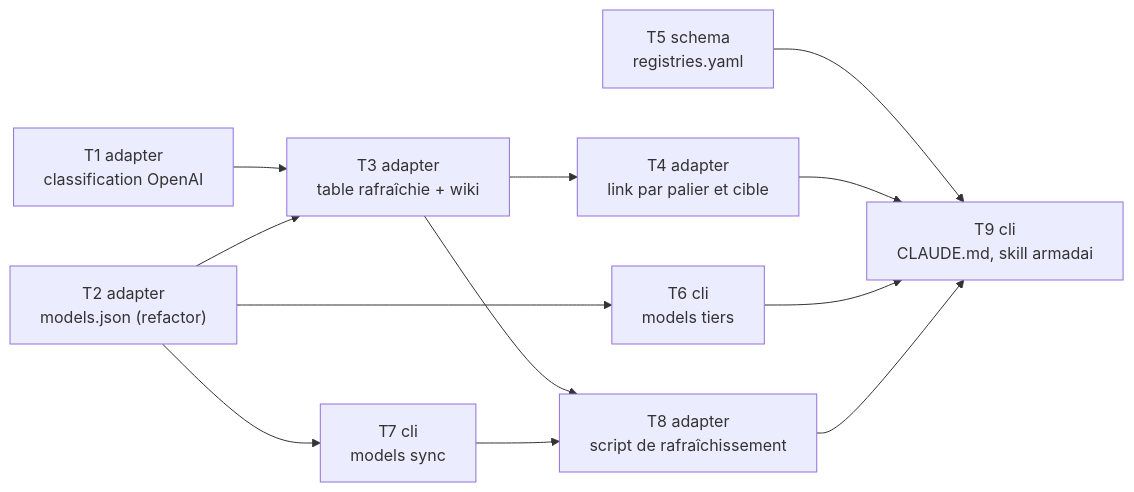
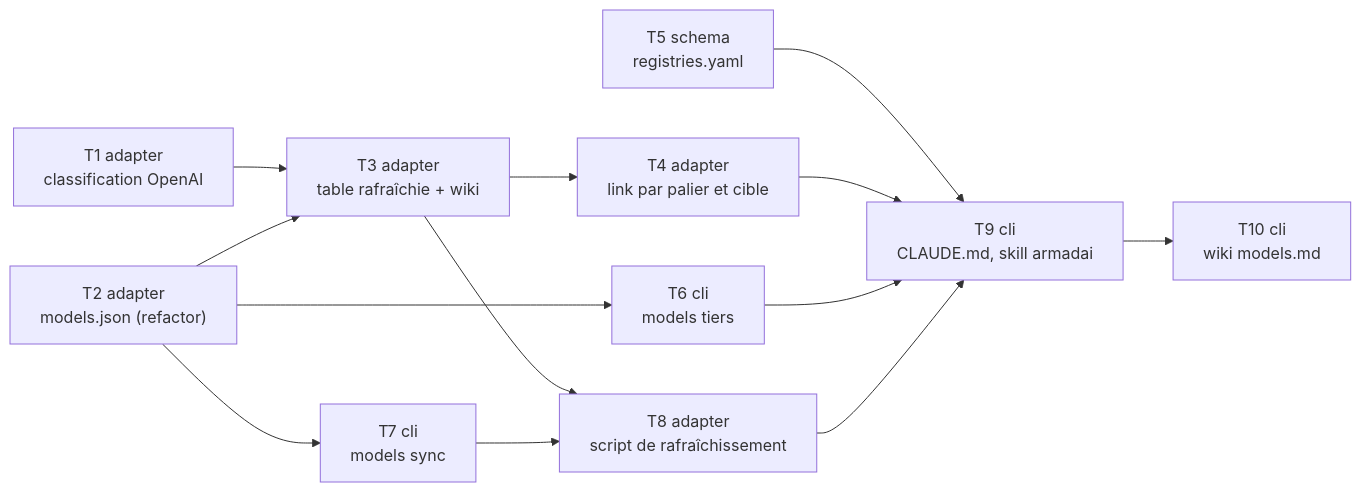
The second of 2 diagrams in docs/superpowers/plans/2026-11-10-models-table-455.md (Dr0drigues/armadai), drawn with Mermaid before and after one commit. The commit also changed other lines of this file, not shown here.

Commit message:
docs(plan): drop machine paths, record the skill rewrite and add the wiki fix task (#455)

````diff
--- a/docs/superpowers/plans/2026-11-10-models-table-455.md
+++ b/docs/superpowers/plans/2026-11-10-models-table-455.md
@@ -135,14 +135,15 @@
 ```mermaid
 flowchart LR
   T1["T1 adapter<br/>classification OpenAI"] --> T3
   T2["T2 adapter<br/>models.json (refactor)"] --> T3["T3 adapter<br/>table rafraîchie + wiki"]
   T3 --> T4["T4 adapter<br/>link par palier et cible"]
   T2 --> T6["T6 cli<br/>models tiers"]
   T2 --> T7["T7 cli<br/>models sync"]
   T3 --> T8["T8 adapter<br/>script de rafraîchissement"]
   T7 --> T8
   T5["T5 schema<br/>registries.yaml"] --> T9
   T4 --> T9["T9 cli<br/>CLAUDE.md, skill armadai"]
   T6 --> T9
   T8 --> T9
+  T9 --> T10["T10 cli<br/>wiki models.md"]
 ```
````
